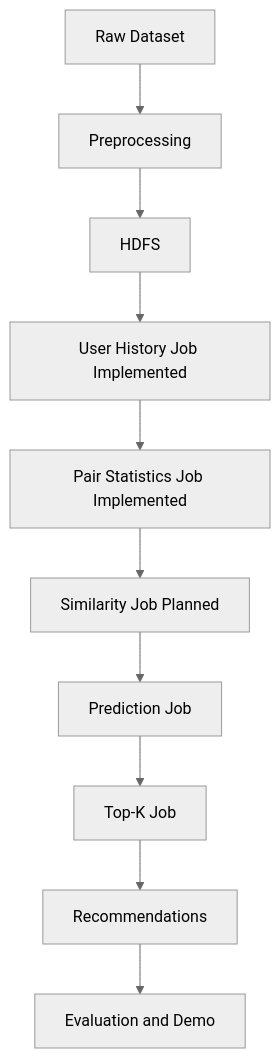
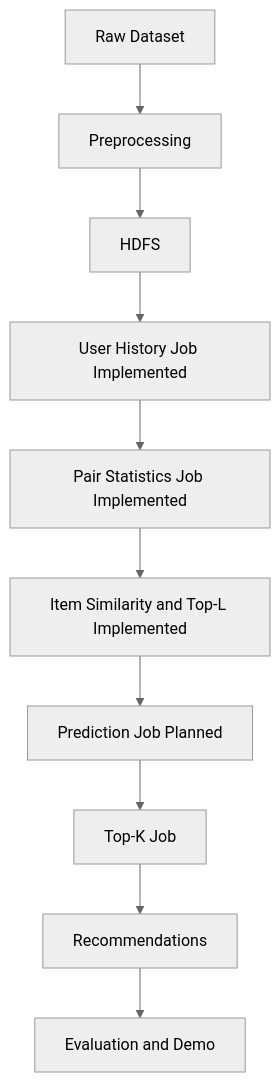
Before and after one commit to hieulenho/movie-recommender-hadoop: the diagram in docs/architecture.md, drawn with Mermaid (neutral theme). The commit also changed other lines of this file and 23 other files, not shown here.

Commit message:
feat: add Hadoop item similarity and Top-L pipeline

````diff
--- a/docs/architecture.md
+++ b/docs/architecture.md
@@ -19,12 +19,12 @@
 ```mermaid
 flowchart TD
     A[Raw Dataset] --> B[Preprocessing]
     B --> C[HDFS]
     C --> D[User History Job Implemented]
     D --> E[Pair Statistics Job Implemented]
-    E --> F[Similarity Job Planned]
-    F --> G[Prediction Job]
+    E --> F[Item Similarity and Top-L Implemented]
+    F --> G[Prediction Job Planned]
     G --> H[Top-K Job]
     H --> I[Recommendations]
     I --> J[Evaluation and Demo]
 ```
````
